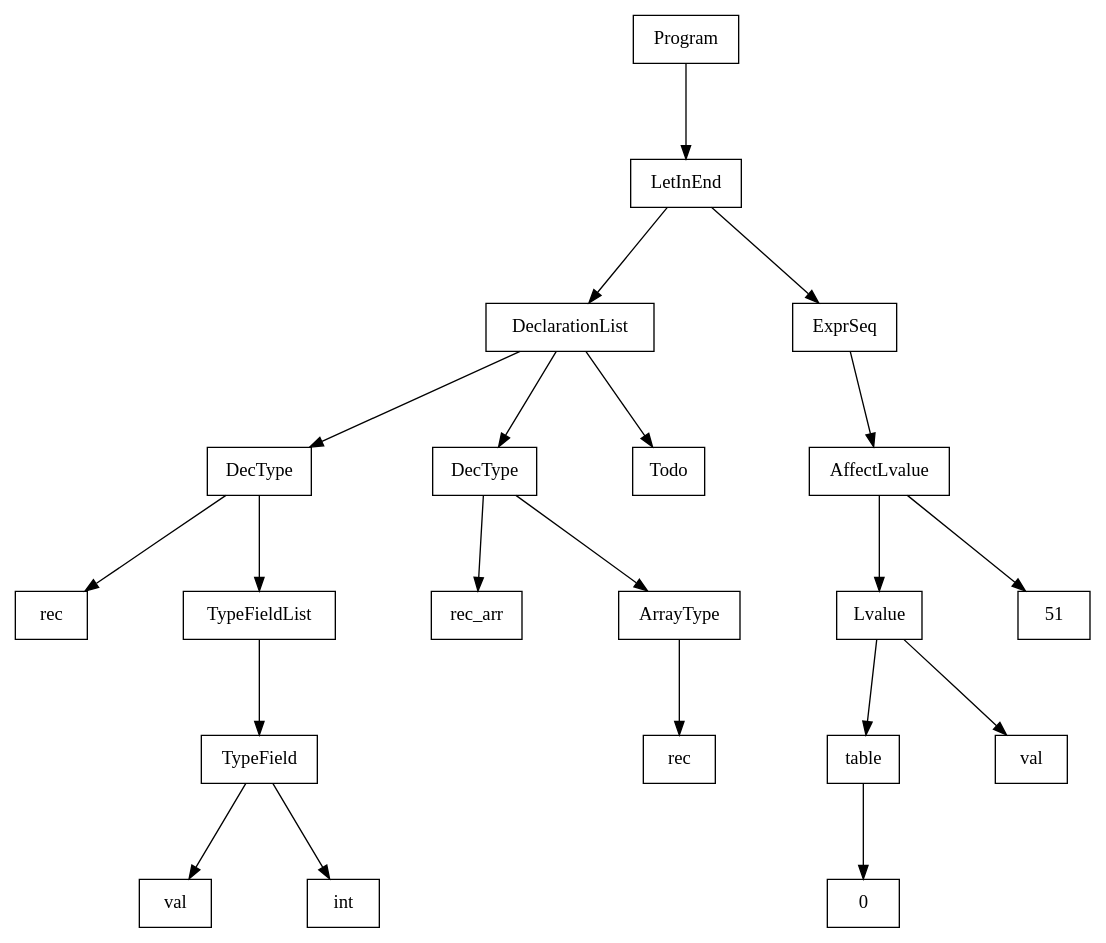
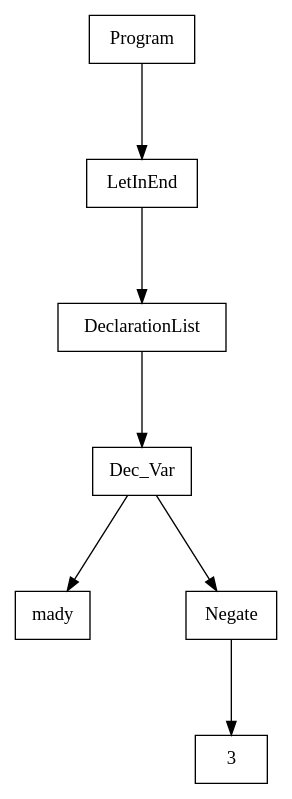
One commit to smarsou/compiler-syntax-semantic-analysis changed the diagram in out/tree.dot. Above: the diagram before and after it, drawn with Graphviz. The commit also changed 14 other files, not shown here.

```diff
--- a/out/tree.dot
+++ b/out/tree.dot
@@ -1,48 +1,20 @@
 digraph "ast"{
 
 	nodesep=1;
 	ranksep=1;
 
 	N0 [label="Program", shape="box"];
 	N1 [label="LetInEnd", shape="box"];
 	N2 [label="DeclarationList", shape="box"];
-	N3 [label="DecType", shape="box"];
-	N4 [label="rec", shape="box"];
-	N5 [label="TypeFieldList", shape="box"];
-	N6 [label="TypeField", shape="box"];
-	N7 [label="val", shape="box"];
-	N8 [label="int", shape="box"];
-	N9 [label="DecType", shape="box"];
-	N10 [label="rec_arr", shape="box"];
-	N11 [label="ArrayType", shape="box"];
-	N12 [label="rec", shape="box"];
-	N13 [label="Todo", shape="box"];
-	N14 [label="ExprSeq", shape="box"];
-	N15 [label="AffectLvalue", shape="box"];
-	N16 [label="Lvalue", shape="box"];
-	N17 [label="table", shape="box"];
-	N18 [label="0", shape="box"];
-	N19 [label="val", shape="box"];
-	N20 [label="51", shape="box"];
+	N3 [label="Dec_Var", shape="box"];
+	N4 [label="mady", shape="box"];
+	N6 [label="3", shape="box"];
+	N5 [label="Negate", shape="box"];
 
-	N6 -> N7; 
-	N6 -> N8; 
 	N5 -> N6; 
 	N3 -> N4; 
 	N3 -> N5; 
 	N2 -> N3; 
-	N11 -> N12; 
-	N9 -> N10; 
-	N9 -> N11; 
-	N2 -> N9; 
-	N2 -> N13; 
 	N1 -> N2; 
-	N17 -> N18; 
-	N16 -> N17; 
-	N16 -> N19; 
-	N15 -> N16; 
-	N15 -> N20; 
-	N14 -> N15; 
-	N1 -> N14; 
 	N0 -> N1; 
 }
```
